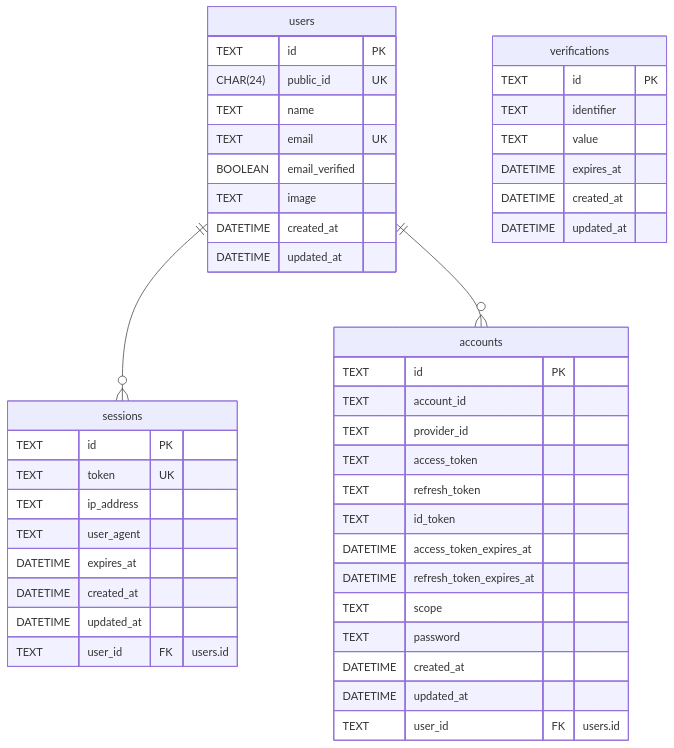
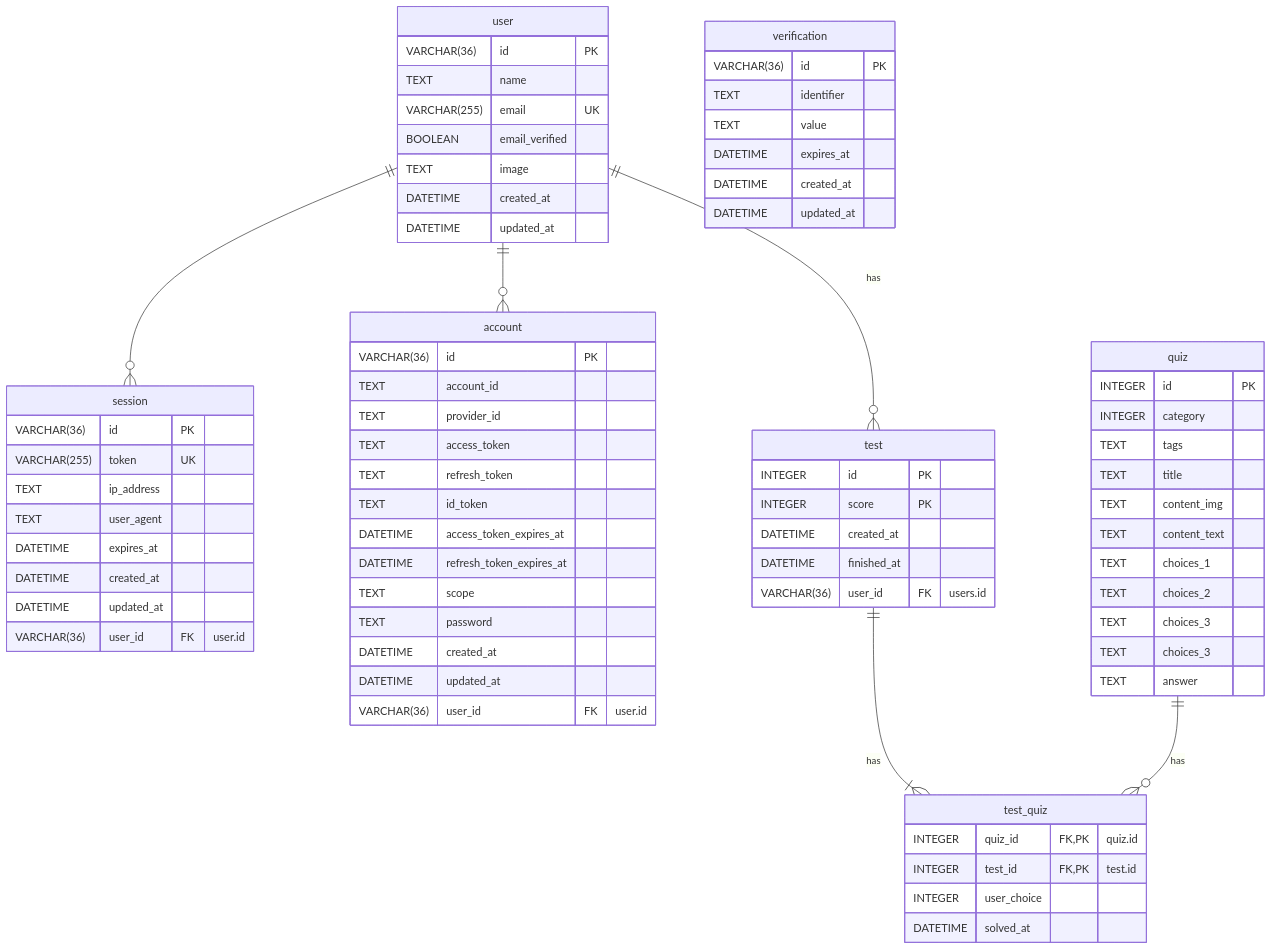
The diagram in docs/database.md (sesac-namu/proj-sqld), drawn with Mermaid before and after one commit. The commit also changed 7 other files, not shown here.

Commit message:
Add test and quiz schema

````diff
--- a/docs/database.md
+++ b/docs/database.md
@@ -1,50 +1,78 @@
 ```mermaid
 
 erDiagram
-  users {
-    TEXT id PK
-    CHAR(24) public_id UK
+  user {
+    VARCHAR(36) id PK
     TEXT name
-    TEXT email UK
+    VARCHAR(255) email UK
     BOOLEAN email_verified
     TEXT image
     DATETIME created_at
     DATETIME updated_at
   }
-  users ||--o{ sessions : ""
-  sessions {
-    TEXT id PK
-    TEXT token UK
+  user ||--o{ session : ""
+  session {
+    VARCHAR(36) id PK
+    VARCHAR(255) token UK
     TEXT ip_address
     TEXT user_agent
     DATETIME expires_at
     DATETIME created_at
     DATETIME updated_at
-    TEXT user_id FK "users.id"
+    VARCHAR(36) user_id FK "user.id"
   }
-  users ||--o{ accounts : ""
-  accounts {
-    TEXT id PK
+  verification {
+    VARCHAR(36) id PK
+    TEXT identifier
+    TEXT value
+    DATETIME expires_at
+    DATETIME created_at
+    DATETIME updated_at
+  }
+  user ||--o{ account : ""
+  account {
+    VARCHAR(36) id PK
     TEXT account_id
     TEXT provider_id
     TEXT access_token
     TEXT refresh_token
     TEXT id_token
     DATETIME access_token_expires_at
     DATETIME refresh_token_expires_at
     TEXT scope
     TEXT password
     DATETIME created_at
     DATETIME updated_at
-    TEXT user_id FK "users.id"
+    VARCHAR(36) user_id FK "user.id"
   }
-  verifications {
-    TEXT id PK
-    TEXT identifier
-    TEXT value
-    DATETIME expires_at
+  quiz {
+    INTEGER id PK
+    INTEGER category
+    TEXT tags
+    TEXT title
+    TEXT content_img
+    TEXT content_text
+    TEXT choices_1
+    TEXT choices_2
+    TEXT choices_3
+    TEXT choices_3
+    TEXT answer
+  }
+  user ||--o{ test : "has"
+  test {
+    INTEGER id PK
+    INTEGER score PK
     DATETIME created_at
-    DATETIME updated_at
+    DATETIME finished_at
+    VARCHAR(36) user_id FK "users.id"
+  }
+  test ||--|{ test_quiz : "has"
+  quiz ||--o{ test_quiz : "has"
+  test_quiz {
+    INTEGER quiz_id FK,PK "quiz.id"
+    INTEGER test_id FK,PK "test.id"
+    INTEGER user_choice
+    DATETIME solved_at
   }
 
 ```
````
